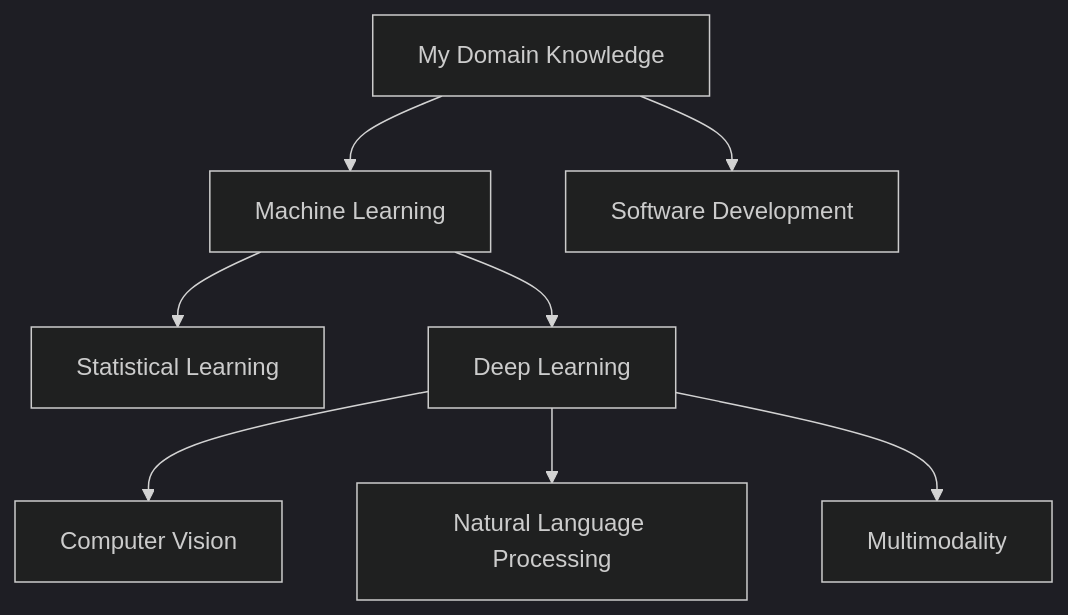
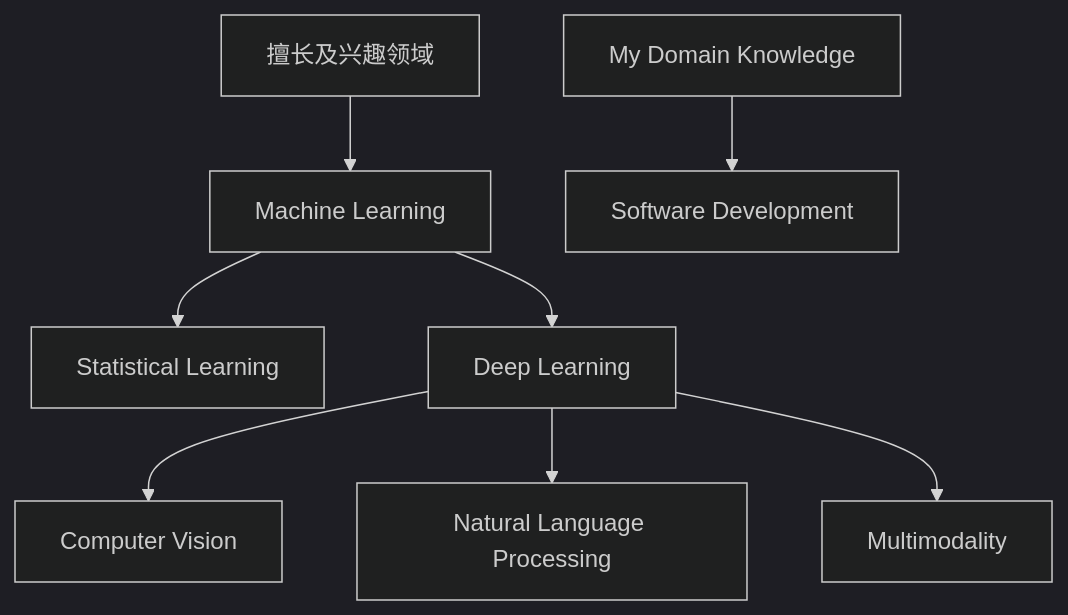
Before and after one commit to leepand/leepand: the diagram in README.md, drawn with Mermaid (dark theme).

````diff
--- a/README.md
+++ b/README.md
@@ -17,10 +17,10 @@
 ```mermaid
 graph TD;
-    MyDomainKnowledge[擅长及兴趣领域]-->MachineLearning[Machine Learning];
+    擅长及兴趣领域[擅长及兴趣领域]-->MachineLearning[Machine Learning];
     MachineLearning[Machine Learning]-->StatisticalLearning[Statistical Learning];
     MachineLearning[Machine Learning]-->DeepLearning[Deep Learning];
     MyDomainKnowledge[My Domain Knowledge]-->SoftwareDevelopment[Software Development];
     DeepLearning[Deep Learning]-->ComputerVision[Computer Vision];
     DeepLearning[Deep Learning]-->NaturalLanguageProcessing[Natural Language Processing];
     DeepLearning[Deep Learning]-->Multimodality;
 ```
````
